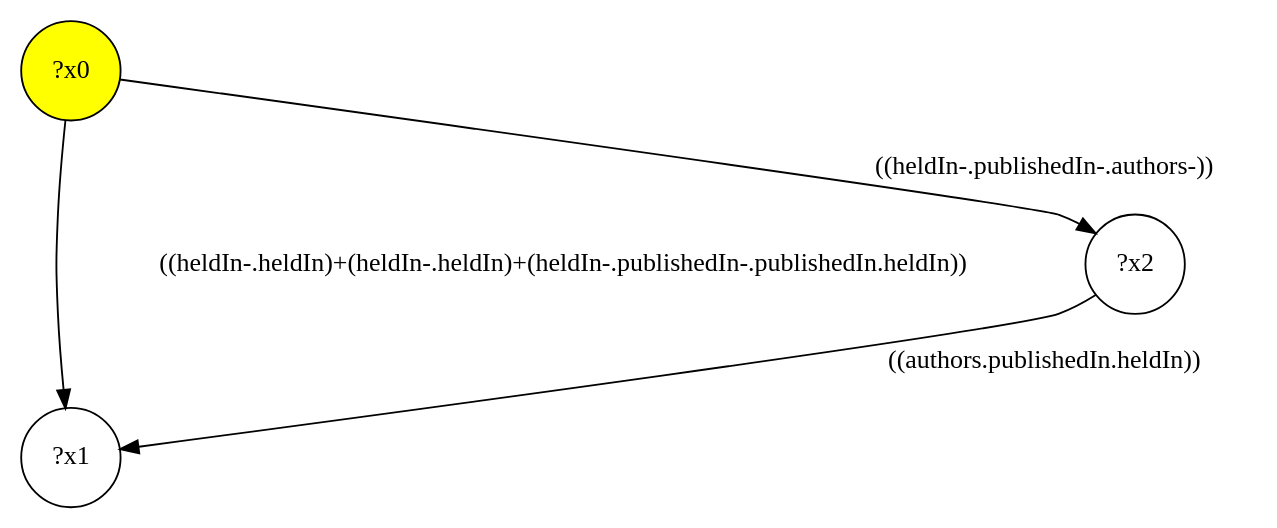
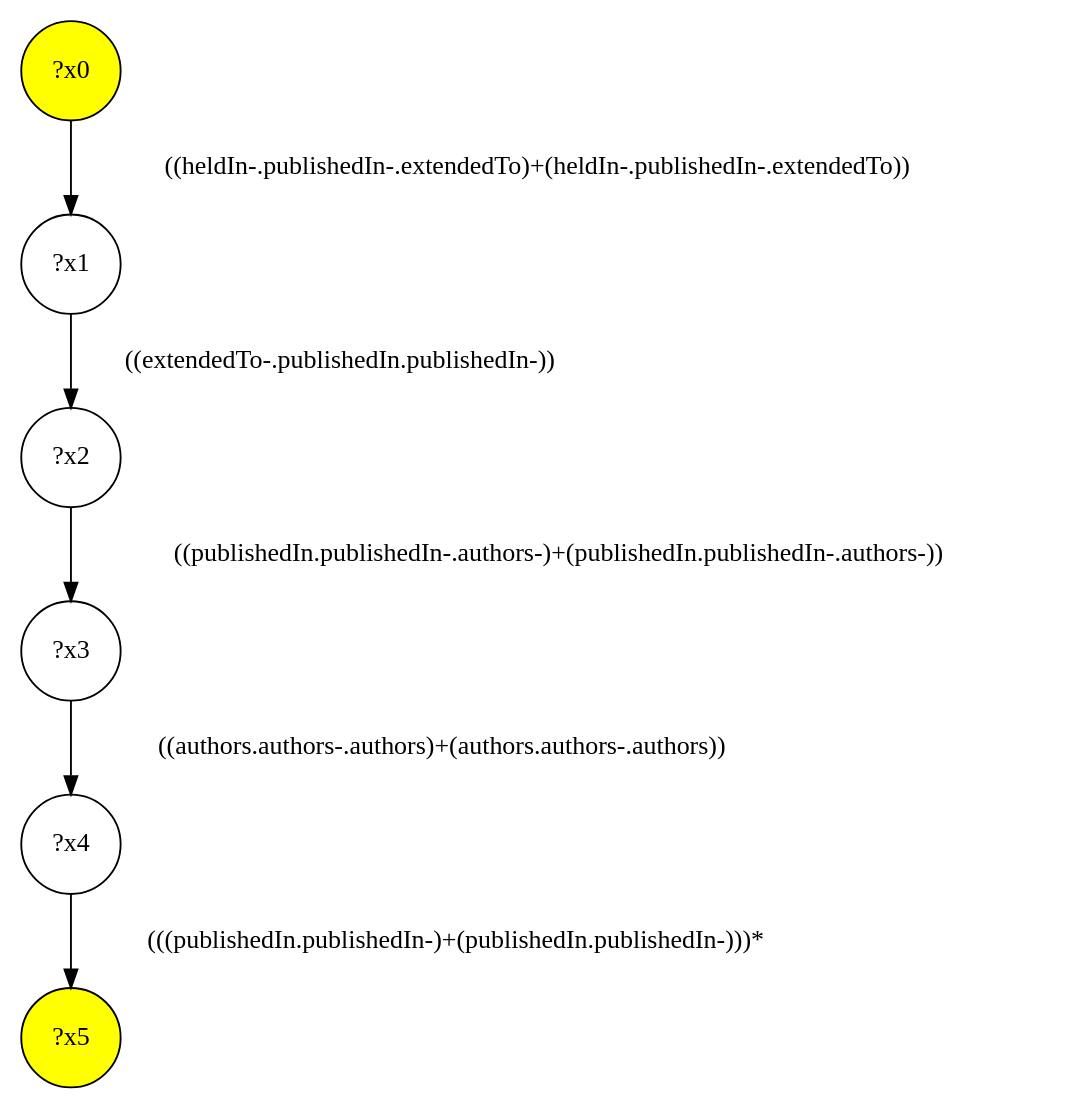
One commit to gbagan/gmark changed the diagram in src/queryinterface/interface-queries/query-24.dot. Above: the diagram before and after it, drawn with Graphviz. The commit also changed 150 other files, not shown here.

```diff
--- a/src/queryinterface/interface-queries/query-24.dot
+++ b/src/queryinterface/interface-queries/query-24.dot
@@ -1,8 +1,13 @@
 digraph g {
 	x0 [fillcolor="yellow", style="filled," shape=circle, label="?x0"];
+	x5 [fillcolor="yellow", style="filled," shape=circle, label="?x5"];
 	x1 [shape=circle, label="?x1"];
-	x0 -> x1 [label="((heldIn-.heldIn)+(heldIn-.heldIn)+(heldIn-.publishedIn-.publishedIn.heldIn))"];
+	x0 -> x1 [label="((heldIn-.publishedIn-.extendedTo)+(heldIn-.publishedIn-.extendedTo))"];
 	x2 [shape=circle, label="?x2"];
-	x0 -> x2 [label="((heldIn-.publishedIn-.authors-))"];
-	x2 -> x1 [label="((authors.publishedIn.heldIn))"];
+	x1 -> x2 [label="((extendedTo-.publishedIn.publishedIn-))"];
+	x3 [shape=circle, label="?x3"];
+	x2 -> x3 [label="((publishedIn.publishedIn-.authors-)+(publishedIn.publishedIn-.authors-))"];
+	x4 [shape=circle, label="?x4"];
+	x3 -> x4 [label="((authors.authors-.authors)+(authors.authors-.authors))"];
+	x4 -> x5 [label="(((publishedIn.publishedIn-)+(publishedIn.publishedIn-)))*"];
 }
```
